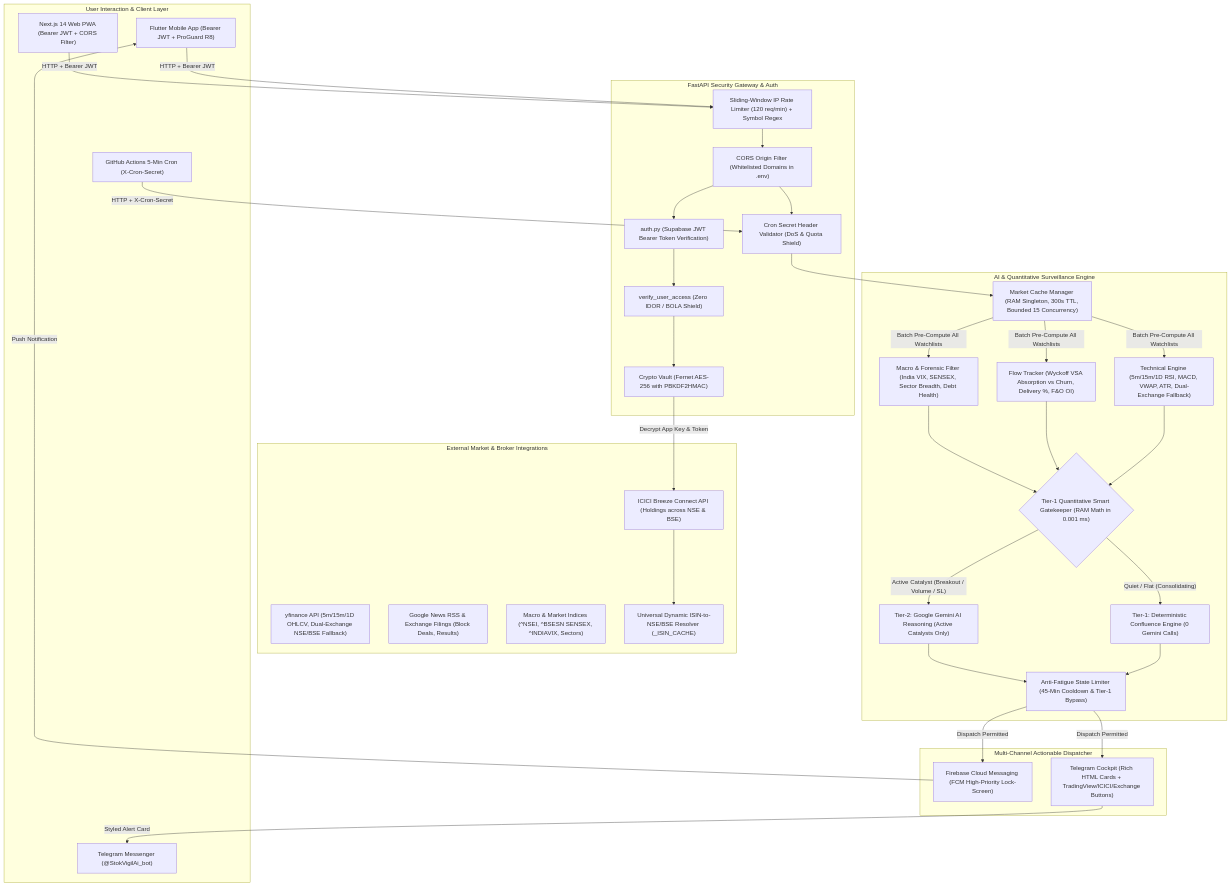
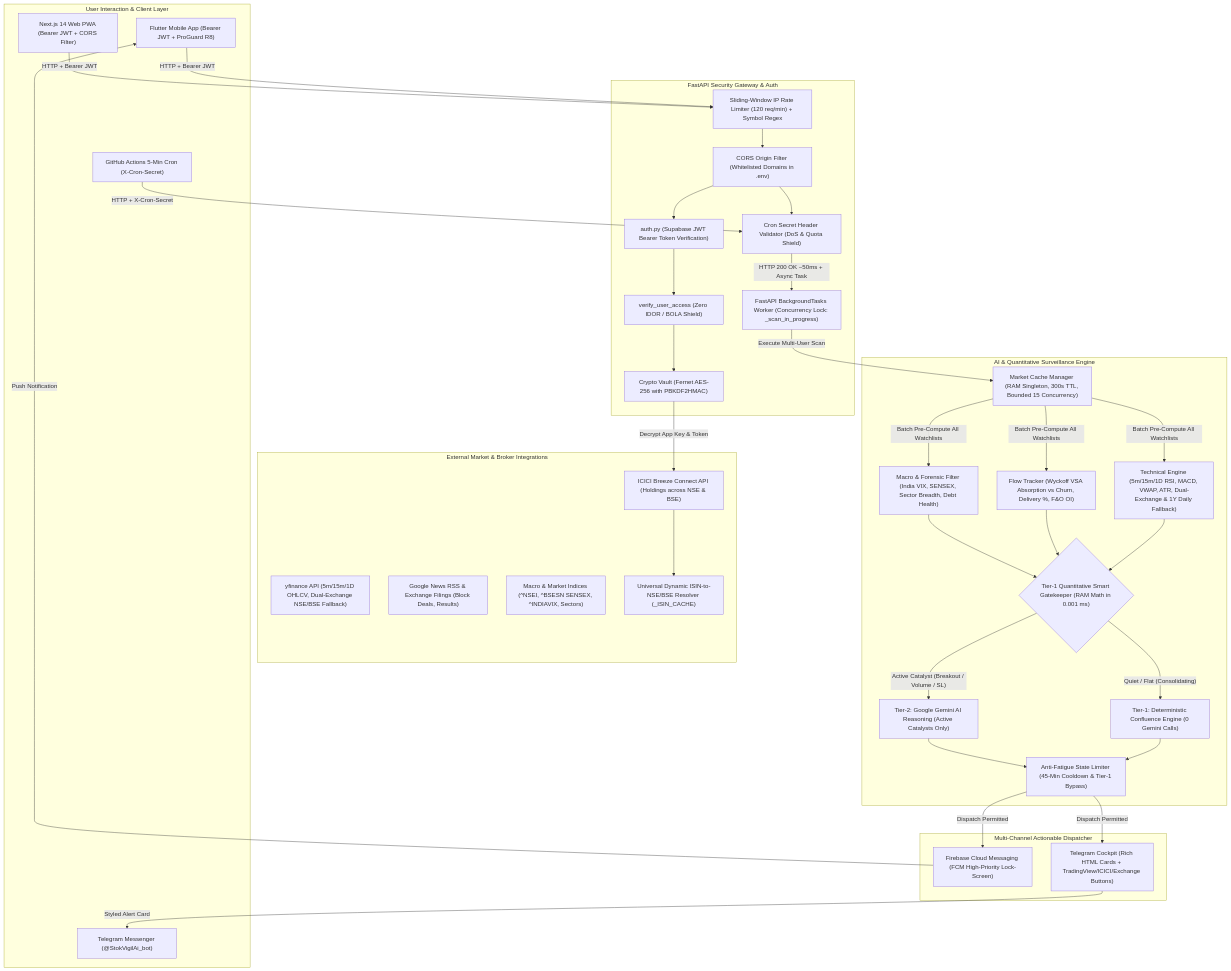
One commit to cvnbtech/stokvigil-ai changed the diagram in architecture_blueprint.md. Above: the diagram before and after it, drawn with Mermaid. The commit also changed other lines of this file and 1 other file, not shown here.

Commit message:
docs: synchronize README and architecture blueprint with full codebase

````diff
--- a/architecture_blueprint.md
+++ b/architecture_blueprint.md
@@ -18,61 +18,63 @@
 ```mermaid
 flowchart TD
     subgraph Clients["User Interaction & Client Layer"]
         A1["Flutter Mobile App (Bearer JWT + ProGuard R8)"]
         A2["Next.js 14 Web PWA (Bearer JWT + CORS Filter)"]
         A3["Telegram Messenger (@StokVigilAi_bot)"]
         A4["GitHub Actions 5-Min Cron (X-Cron-Secret)"]
     end
 
     subgraph SecurityGate["FastAPI Security Gateway & Auth"]
         B0["Sliding-Window IP Rate Limiter (120 req/min) + Symbol Regex"]
         B1["CORS Origin Filter (Whitelisted Domains in .env)"]
         B2["auth.py (Supabase JWT Bearer Token Verification)"]
         B3["verify_user_access (Zero IDOR / BOLA Shield)"]
         B4["Cron Secret Header Validator (DoS & Quota Shield)"]
         B5["Crypto Vault (Fernet AES-256 with PBKDF2HMAC)"]
+        B6["FastAPI BackgroundTasks Worker (Concurrency Lock: _scan_in_progress)"]
     end
 
     subgraph ExternalFeeds["External Market & Broker Integrations"]
         C1["ICICI Breeze Connect API (Holdings across NSE & BSE)"]
         C2["yfinance API (5m/15m/1D OHLCV, Dual-Exchange NSE/BSE Fallback)"]
         C3["Google News RSS & Exchange Filings (Block Deals, Results)"]
         C4["Macro & Market Indices (^NSEI, ^BSESN SENSEX, ^INDIAVIX, Sectors)"]
         C5["Universal Dynamic ISIN-to-NSE/BSE Resolver (_ISIN_CACHE)"]
     end
 
     subgraph Engine["AI & Quantitative Surveillance Engine"]
         D0["Market Cache Manager (RAM Singleton, 300s TTL, Bounded 15 Concurrency)"]
-        D1["Technical Engine (5m/15m/1D RSI, MACD, VWAP, ATR, Dual-Exchange Fallback)"]
+        D1["Technical Engine (5m/15m/1D RSI, MACD, VWAP, ATR, Dual-Exchange & 1Y Daily Fallback)"]
         D2["Flow Tracker (Wyckoff VSA Absorption vs Churn, Delivery %, F&O OI)"]
         D3["Macro & Forensic Filter (India VIX, SENSEX, Sector Breadth, Debt Health)"]
         D3b{"Tier-1 Quantitative Smart Gatekeeper (RAM Math in 0.001 ms)"}
         D3c["Tier-1: Deterministic Confluence Engine (0 Gemini Calls)"]
         D4["Tier-2: Google Gemini AI Reasoning (Active Catalysts Only)"]
         D5["Anti-Fatigue State Limiter (45-Min Cooldown & Tier-1 Bypass)"]
     end
 
     subgraph Dispatch["Multi-Channel Actionable Dispatcher"]
         E1["Firebase Cloud Messaging (FCM High-Priority Lock-Screen)"]
         E2["Telegram Cockpit (Rich HTML Cards + TradingView/ICICI/Exchange Buttons)"]
     end
 
     A1 -->|HTTP + Bearer JWT| B0
     A2 -->|HTTP + Bearer JWT| B0
     A4 -->|HTTP + X-Cron-Secret| B4
     B0 --> B1
     B1 --> B2 & B4
     B2 --> B3
     B3 --> B5
-    B4 --> D0
+    B4 -->|HTTP 200 OK ~50ms + Async Task| B6
+    B6 -->|Execute Multi-User Scan| D0
     B5 -->|Decrypt App Key & Token| C1
     C1 --> C5
     D0 -->|Batch Pre-Compute All Watchlists| D1 & D2 & D3
     D1 & D2 & D3 --> D3b
     D3b -- "Quiet / Flat (Consolidating)" --> D3c
     D3b -- "Active Catalyst (Breakout / Volume / SL)" --> D4
     D3c & D4 --> D5
     D5 -->|Dispatch Permitted| E1 & E2
     E1 -->|Push Notification| A1
     E2 -->|Styled Alert Card| A3
 ```
````
